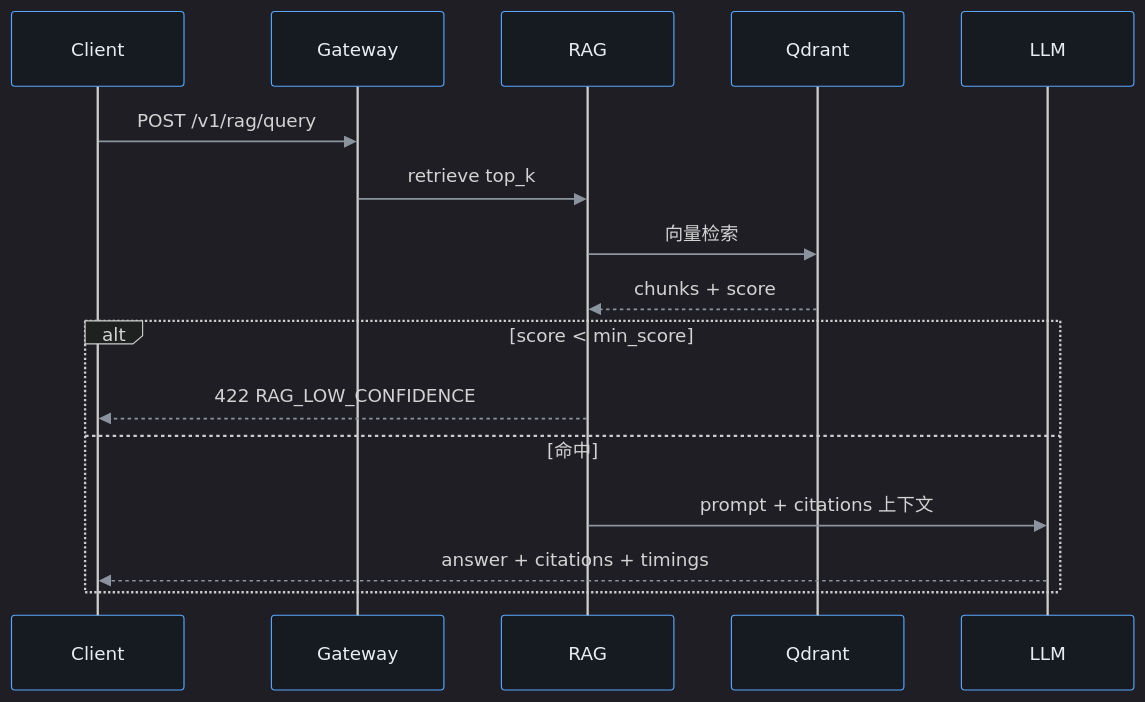
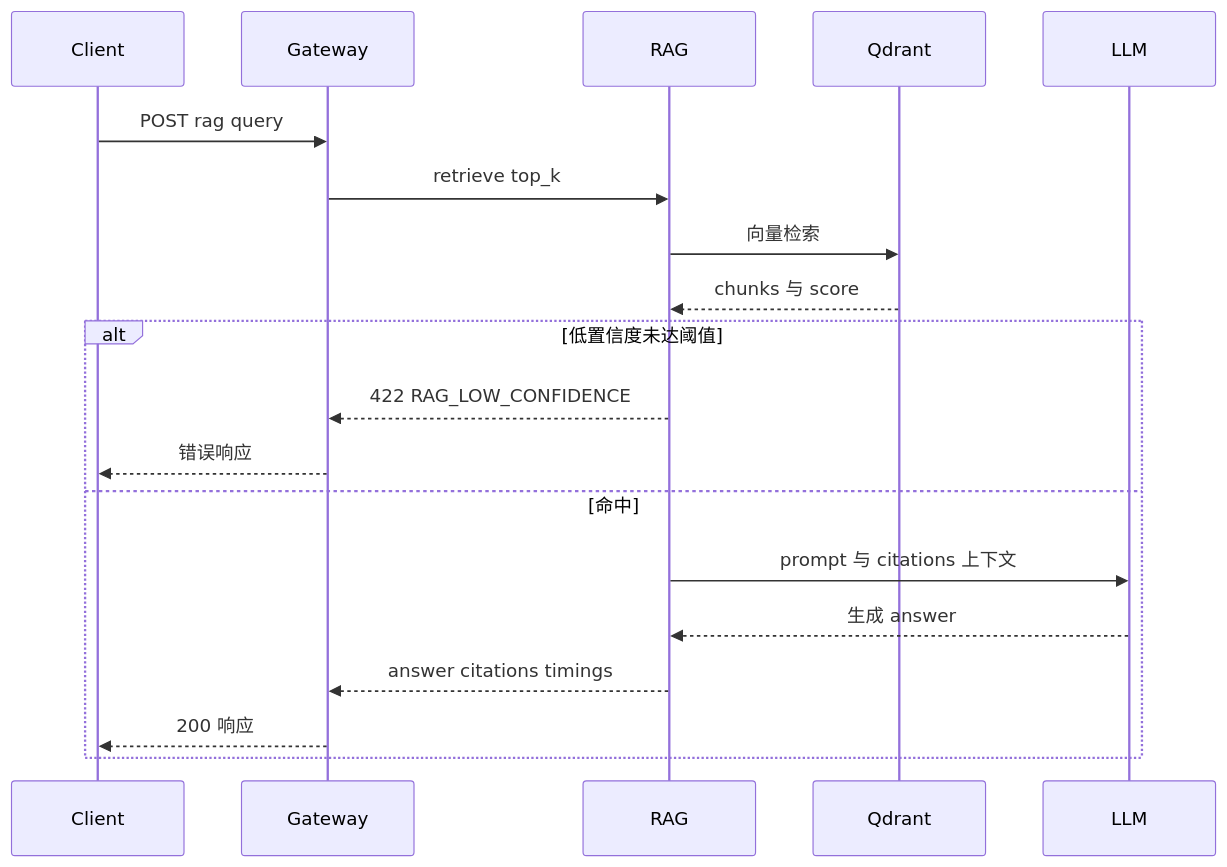
The third of 6 diagrams in docs/architecture.md (xingyun0812/ai-platform-lab), drawn with Mermaid before and after one commit. The commit also changed other lines of this file and 1 other file, not shown here.

First line of the commit message:
docs: add Phase E milestone and architecture flow

````diff
--- a/docs/architecture.md
+++ b/docs/architecture.md
@@ -76,20 +79,22 @@
 ```mermaid
-%%{init: {'theme': 'dark', 'themeVariables': { 'primaryColor': '#1e3a5f', 'primaryTextColor': '#e6edf3', 'primaryBorderColor': '#58a6ff', 'lineColor': '#8b949e', 'actorBkg': '#161b22', 'actorTextColor': '#e6edf3', 'actorBorder': '#58a6ff', 'signalColor': '#8b949e'}}}%%
 sequenceDiagram
   participant Client
   participant Gateway
   participant RAG
   participant Qdrant
   participant LLM
 
-  Client->>Gateway: POST /v1/rag/query
+  Client->>Gateway: POST rag query
   Gateway->>RAG: retrieve top_k
   RAG->>Qdrant: 向量检索
-  Qdrant-->>RAG: chunks + score
-  alt score < min_score
-    RAG-->>Client: 422 RAG_LOW_CONFIDENCE
+  Qdrant-->>RAG: chunks 与 score
+  alt 低置信度未达阈值
+    RAG-->>Gateway: 422 RAG_LOW_CONFIDENCE
+    Gateway-->>Client: 错误响应
   else 命中
-    RAG->>LLM: prompt + citations 上下文
-    LLM-->>Client: answer + citations + timings
+    RAG->>LLM: prompt 与 citations 上下文
+    LLM-->>RAG: 生成 answer
+    RAG-->>Gateway: answer citations timings
+    Gateway-->>Client: 200 响应
   end
 ```
````
